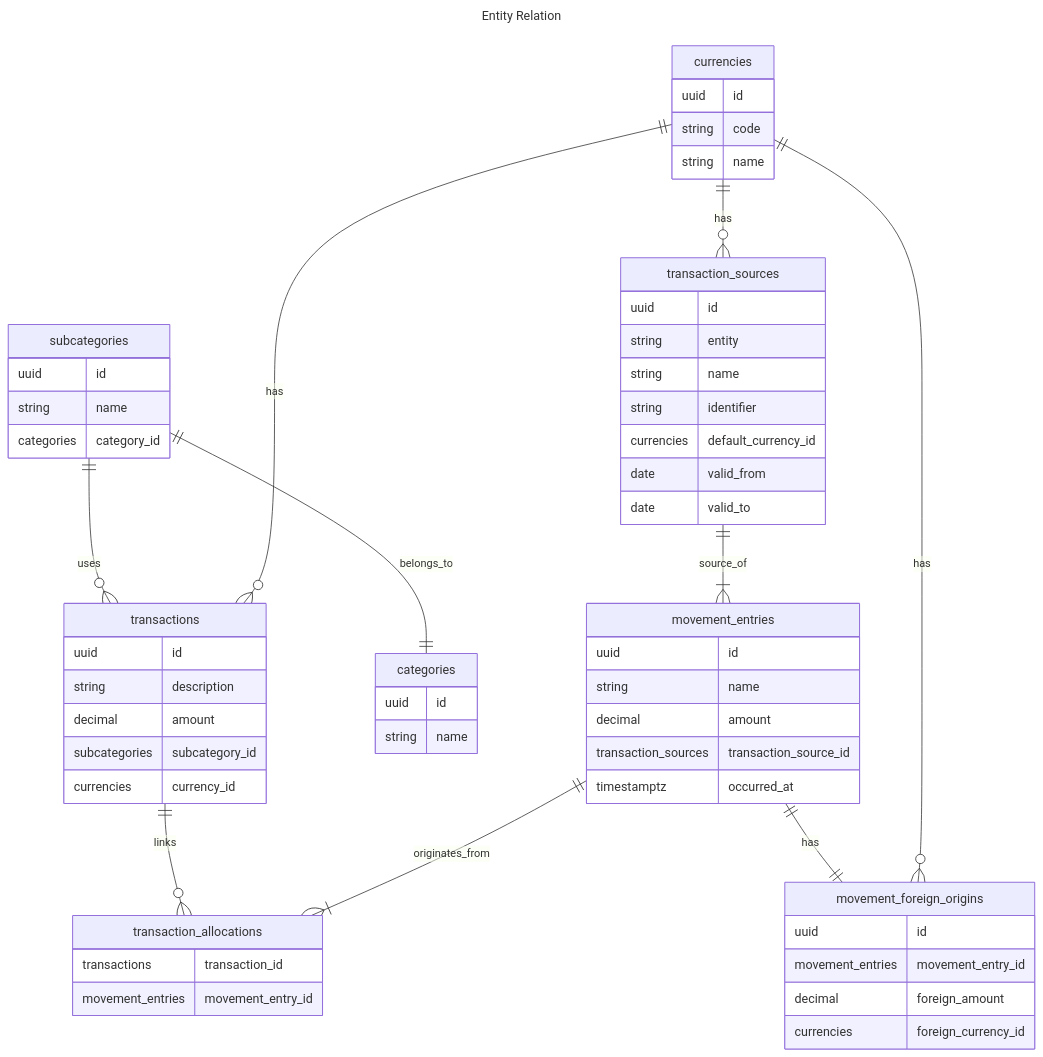
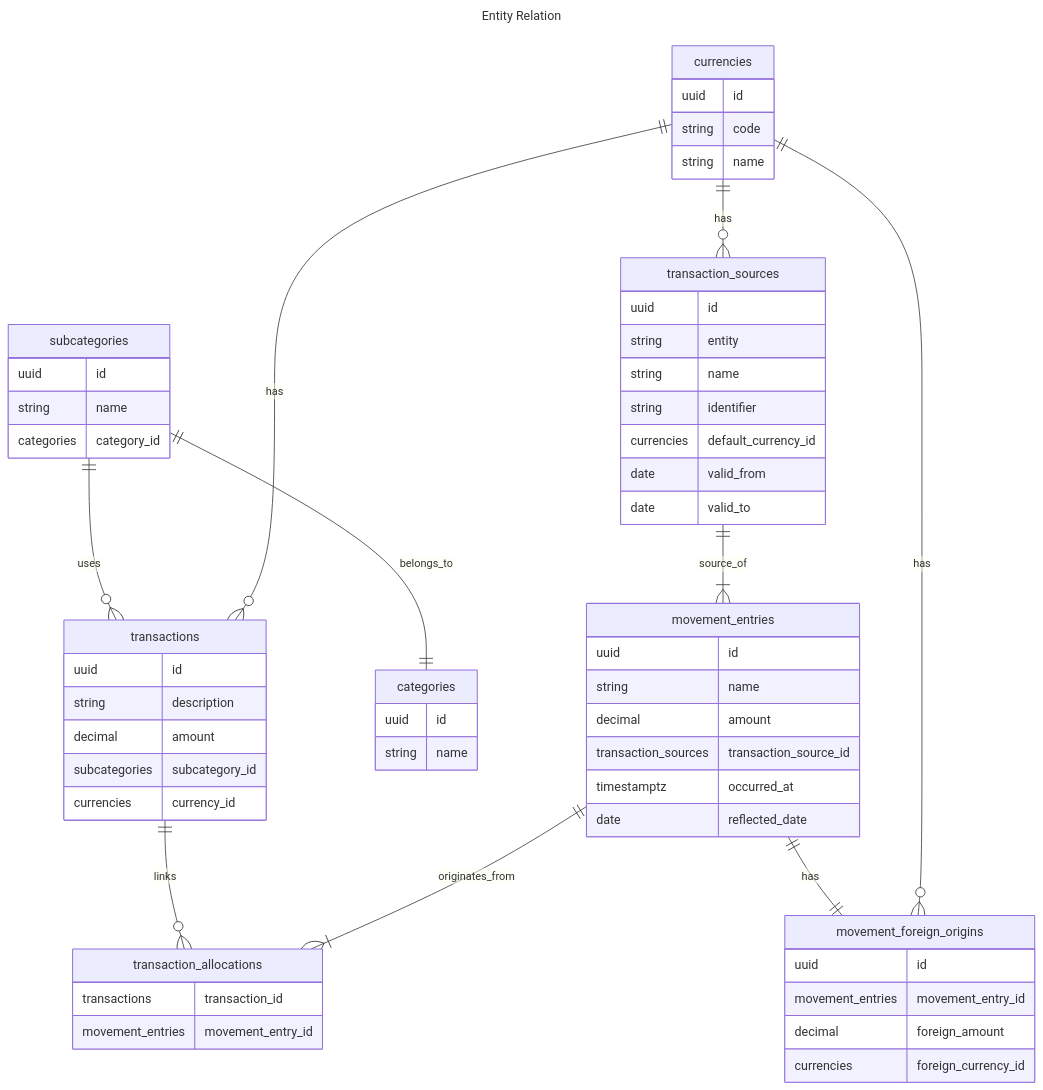
The diagram in docs/er.md (manuelrmenesesr/finales), drawn with Mermaid before and after one commit.

Commit message:
feat(er.md): add optional reflected_date column for statement alignment

````diff
--- a/docs/er.md
+++ b/docs/er.md
@@ -1,63 +1,64 @@
 ```mermaid
 ---
 title: Entity Relation
 ---
 erDiagram
     transactions ||--o{ transaction_allocations : links
     subcategories ||--o{ transactions : uses
     subcategories ||--|| categories : belongs_to
     currencies ||--o{ transactions : has
     movement_entries ||--|{ transaction_allocations : originates_from
     movement_entries ||--|| movement_foreign_origins : has
     currencies ||--o{ movement_foreign_origins : has
     transaction_sources ||--|{ movement_entries : source_of
     currencies ||--o{ transaction_sources : has
 
     transactions {
         uuid id
         string description
         decimal amount
         subcategories subcategory_id
         currencies currency_id
     }
     movement_entries {
         uuid id
         string name
         decimal amount
         transaction_sources transaction_source_id
         timestamptz occurred_at
+        date reflected_date
     }
     movement_foreign_origins {
         uuid id
         movement_entries movement_entry_id
         decimal foreign_amount
         currencies foreign_currency_id
     }
     transaction_allocations {
         transactions transaction_id
         movement_entries movement_entry_id
     }
     categories {
         uuid id
         string name
     }
     subcategories {
         uuid id
         string name
         categories category_id
     }
     currencies {
         uuid id
         string code
         string name
     }
     transaction_sources {
         uuid id
         string entity
         string name
         string identifier
         currencies default_currency_id
         date valid_from
         date valid_to
     }
 ```
````
